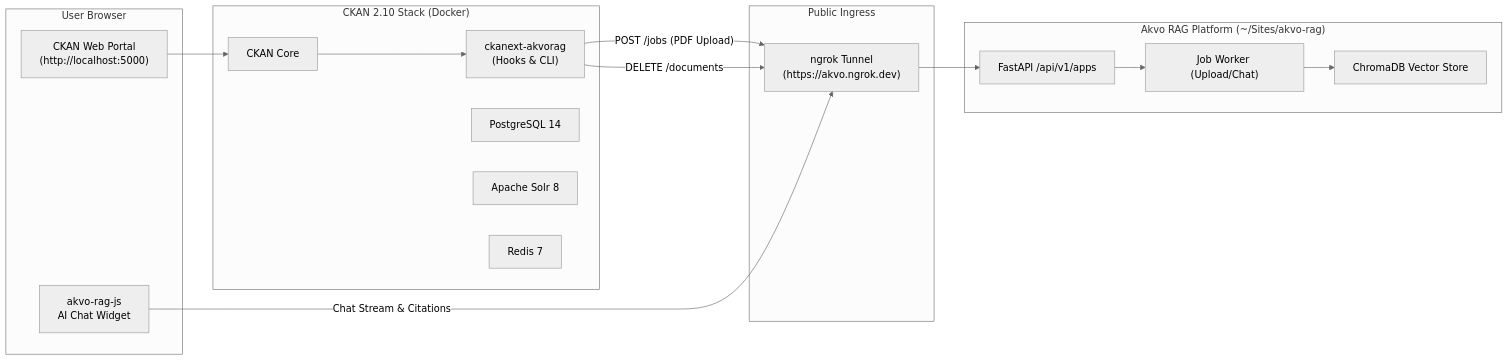
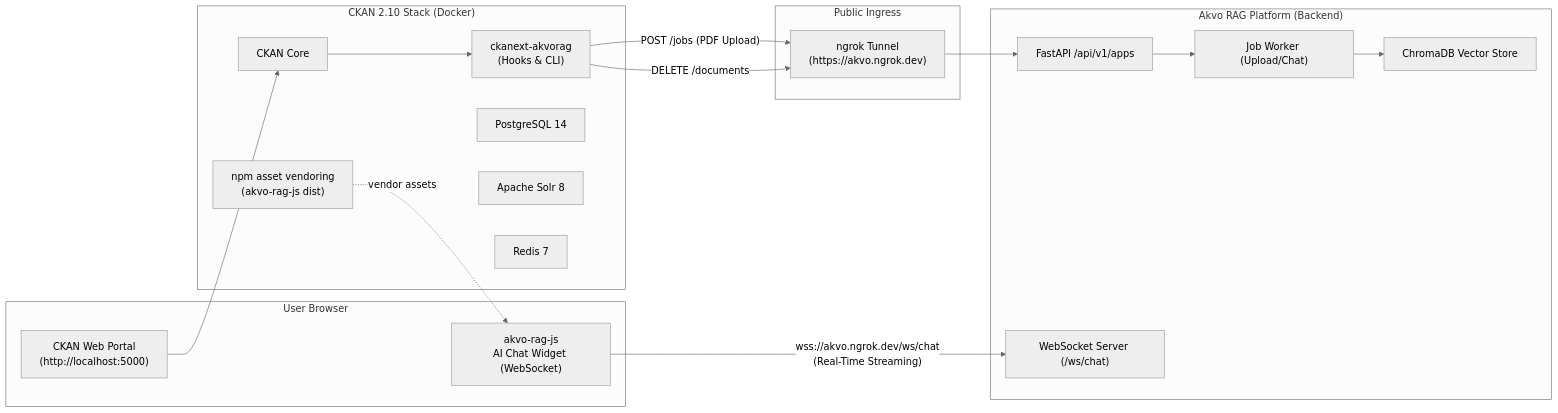
The diagram in README.md (wayangalihpratama/poc-ckan-rag), drawn with Mermaid (neutral theme) before and after one commit. The commit also changed other lines of this file and 5 other files, not shown here.

````diff
--- a/README.md
+++ b/README.md
@@ -14,34 +15,37 @@
 ```mermaid
 flowchart LR
     subgraph Host["User Browser"]
         UI["CKAN Web Portal<br/>(http://localhost:5000)"]
-        WIDGET["akvo-rag-js<br/>AI Chat Widget"]
+        WIDGET["akvo-rag-js<br/>AI Chat Widget (WebSocket)"]
     end
 
     subgraph CKAN_Docker["CKAN 2.10 Stack (Docker)"]
         CORE["CKAN Core"]
         PLUGIN["ckanext-akvorag<br/>(Hooks & CLI)"]
+        NPM["npm asset vendoring<br/>(akvo-rag-js dist)"]
         POSTGRES["PostgreSQL 14"]
         SOLR["Apache Solr 8"]
         REDIS["Redis 7"]
     end
 
     subgraph Tunnel["Public Ingress"]
         NGROK["ngrok Tunnel<br/>(https://akvo.ngrok.dev)"]
     end
 
-    subgraph RAG_Platform["Akvo RAG Platform (~/Sites/akvo-rag)"]
+    subgraph RAG_Platform["Akvo RAG Platform (Backend)"]
         API["FastAPI /api/v1/apps"]
+        WS["WebSocket Server (/ws/chat)"]
         WORKER["Job Worker (Upload/Chat)"]
         CHROMA["ChromaDB Vector Store"]
     end
 
     UI --> CORE
     CORE --> PLUGIN
+    NPM -.->|"vendor assets"| WIDGET
     PLUGIN -->|"POST /jobs (PDF Upload)"| NGROK
     PLUGIN -->|"DELETE /documents"| NGROK
-    WIDGET -->|"Chat Stream & Citations"| NGROK
+    WIDGET -->|"wss://akvo.ngrok.dev/ws/chat<br/>(Real-Time Streaming)"| WS
     NGROK --> API
     API --> WORKER
     WORKER --> CHROMA
 ```
````
